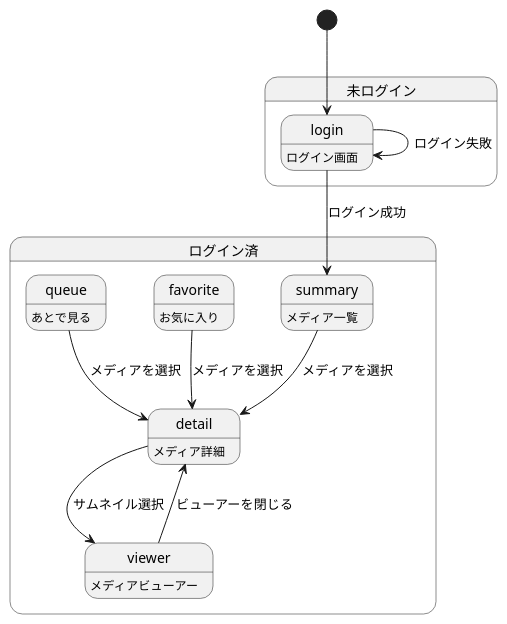
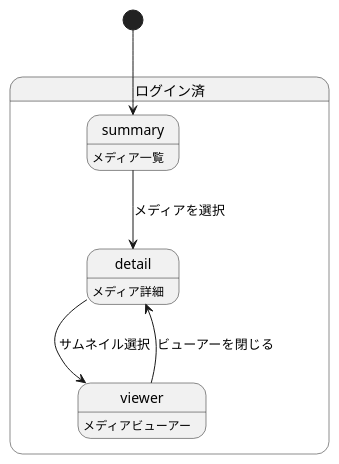
Before and after one commit to hachimitu22/MangaViewer: the diagram in doc/6_ui/flow/user.puml, drawn with PlantUML. The commit also changed 39 other files, not shown here.

```diff
--- a/doc/6_ui/flow/user.puml
+++ b/doc/6_ui/flow/user.puml
@@ -1,27 +1,15 @@
 @startuml
-
-state "未ログイン" as UnSignin {
-    login : ログイン画面
-}
 
 state "ログイン済" as Signin {
     summary : メディア一覧
     detail : メディア詳細
     viewer : メディアビューアー
-    favorite : お気に入り
-    queue : あとで見る
 }
 
 ' 共通
-[*] --> UnSignin.login
-UnSignin.login --> Signin.summary : ログイン成功
-UnSignin.login --> UnSignin.login : ログイン失敗
+[*] --> Signin.summary
 Signin.summary --> Signin.detail : メディアを選択
 Signin.detail --> Signin.viewer : サムネイル選択
 Signin.viewer --> Signin.detail : ビューアーを閉じる
 
-' ユーザー
-Signin.favorite --> Signin.detail : メディアを選択
-Signin.queue --> Signin.detail : メディアを選択
-
 @enduml
```
